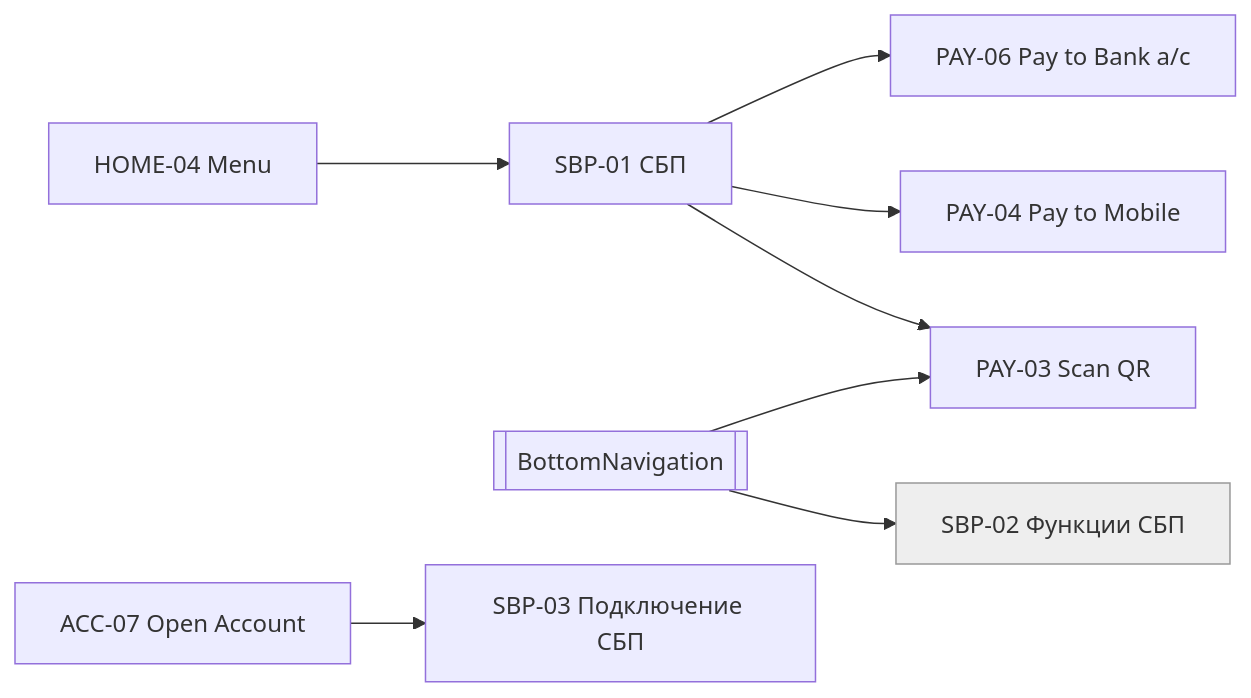
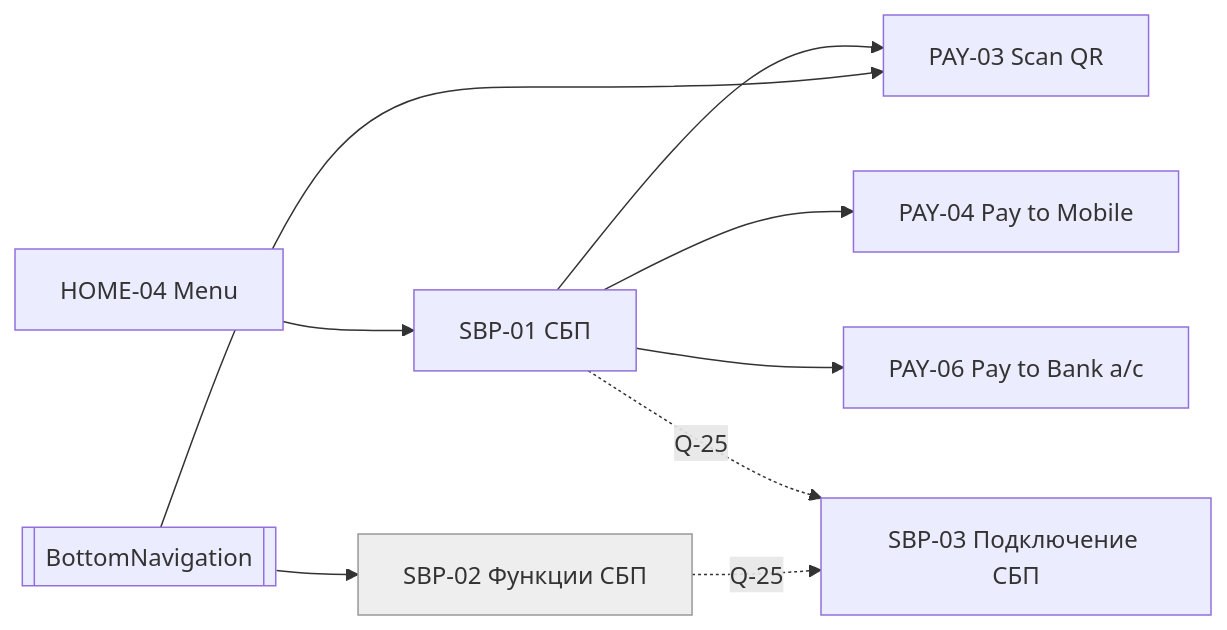
The fourth of 7 diagrams in docs/ui/USER_FLOWS.md (Shustrjak/claude_repo), drawn with Mermaid before and after one commit. The commit also changed other lines of this file and 6 other files, not shown here.

First line of the commit message:
Apply decisions D-07..D-15 to UI spec and roadmap

````diff
--- a/docs/ui/USER_FLOWS.md
+++ b/docs/ui/USER_FLOWS.md
@@ -111,12 +122,13 @@
 ```mermaid
 flowchart LR
   MENU[HOME-04 Menu] --> SBP01[SBP-01 СБП]
   SBP01 --> PAY03[PAY-03 Scan QR]
   SBP01 --> PAY04[PAY-04 Pay to Mobile]
   SBP01 --> PAY06[PAY-06 Pay to Bank a/c]
   NAV[[BottomNavigation]] --> SBP02[SBP-02 Функции СБП]
   NAV --> PAY03
-  ACC07[ACC-07 Open Account] --> SBP03[SBP-03 Подключение СБП]
+  SBP01 -. "Q-25" .-> SBP03[SBP-03 Подключение СБП]
+  SBP02 -. "Q-25" .-> SBP03
   classDef candidate fill:#eee,stroke:#999
   class SBP02 candidate
 ```
````
